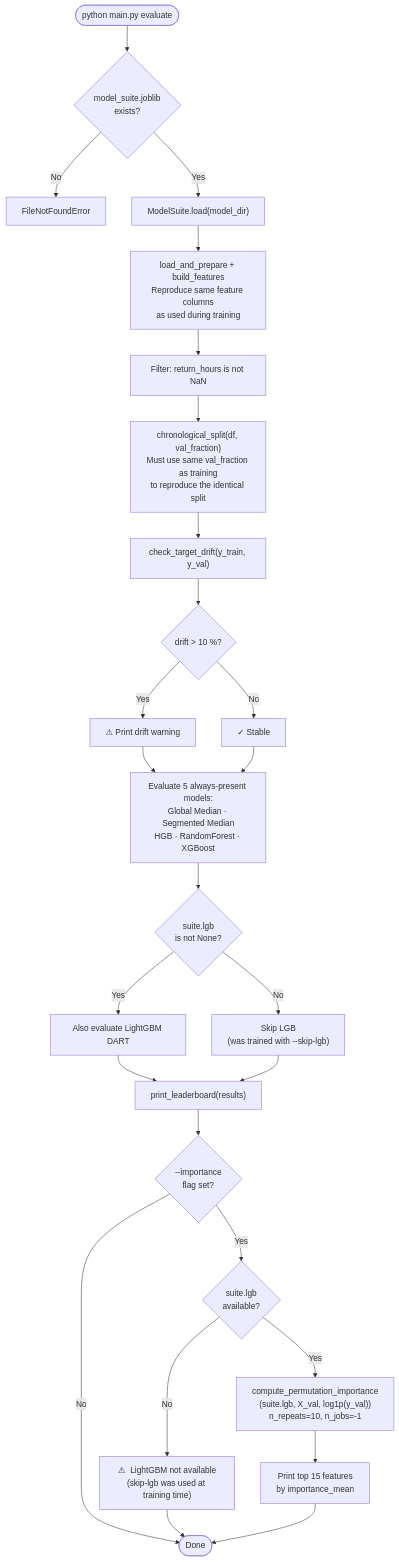
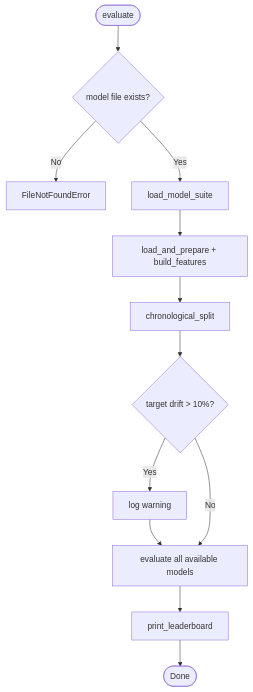
One commit to udit-asopa/data-science-assignment-nosto changed the fourth of 9 diagrams in docs/06_diagrams.md. Above: the diagram before and after it, drawn with Mermaid. The commit also changed other lines of this file and 1 other file, not shown here.

````diff
--- a/docs/06_diagrams.md
+++ b/docs/06_diagrams.md
@@ -128,39 +95,21 @@
 ```mermaid
 flowchart TD
-    START(["python main.py evaluate"])
-    CHKFILE{"model_suite.joblib\nexists?"}
+    START(["evaluate"])
+    CHK{"model file exists?"}
     ERR["FileNotFoundError"]
-    LOADM["ModelSuite.load(model_dir)"]
-    PREP["load_and_prepare + build_features\nReproduce same feature columns\nas used during training"]
-    FILTER["Filter: return_hours is not NaN"]
-    SPLIT["chronological_split(df, val_fraction)\nMust use same val_fraction as training\nto reproduce the identical split"]
-    DRIFT["check_target_drift(y_train, y_val)"]
-    DRIFTQ{drift > 10 %?}
-    WARN["⚠  Print drift warning"]
-    OK["✓  Stable"]
-    EVAL5["Evaluate 5 always-present models:\nGlobal Median · Segmented Median\nHGB · RandomForest · XGBoost"]
-    LGBQ{suite.lgb\nis not None?}
-    EVAL6["Also evaluate LightGBM DART"]
-    SKIPLGB["Skip LGB\n(was trained with --skip-lgb)"]
-    BOARD["print_leaderboard(results)"]
-    IMPQ{--importance\nflag set?}
-    LGBAVAIL{suite.lgb\navailable?}
-    NOWARN["⚠  LightGBM not available\n(skip-lgb was used at training time)"]
-    PERM["compute_permutation_importance\n(suite.lgb, X_val, log1p(y_val))\nn_repeats=10, n_jobs=-1"]
-    TOP15["Print top 15 features\nby importance_mean"]
+    LOAD["load_model_suite"]
+    PREP["load_and_prepare + build_features"]
+    SPLIT["chronological_split"]
+    DRIFT{target drift > 10%?}
+    WARN["log warning"]
+    EVAL["evaluate all available models"]
+    BOARD["print_leaderboard"]
     DONE(["Done"])
 
-    START --> CHKFILE
-    CHKFILE -->|No| ERR
-    CHKFILE -->|Yes| LOADM --> PREP --> FILTER --> SPLIT --> DRIFT --> DRIFTQ
-    DRIFTQ -->|Yes| WARN --> EVAL5
-    DRIFTQ -->|No| OK --> EVAL5
-    EVAL5 --> LGBQ
-    LGBQ -->|Yes| EVAL6 --> BOARD
-    LGBQ -->|No| SKIPLGB --> BOARD
-    BOARD --> IMPQ
-    IMPQ -->|No| DONE
-    IMPQ -->|Yes| LGBAVAIL
-    LGBAVAIL -->|No| NOWARN --> DONE
-    LGBAVAIL -->|Yes| PERM --> TOP15 --> DONE
+    START --> CHK
+    CHK -->|No| ERR
+    CHK -->|Yes| LOAD --> PREP --> SPLIT --> DRIFT
+    DRIFT -->|Yes| WARN --> EVAL
+    DRIFT -->|No| EVAL
+    EVAL --> BOARD --> DONE([" Done "])
 ```
````
